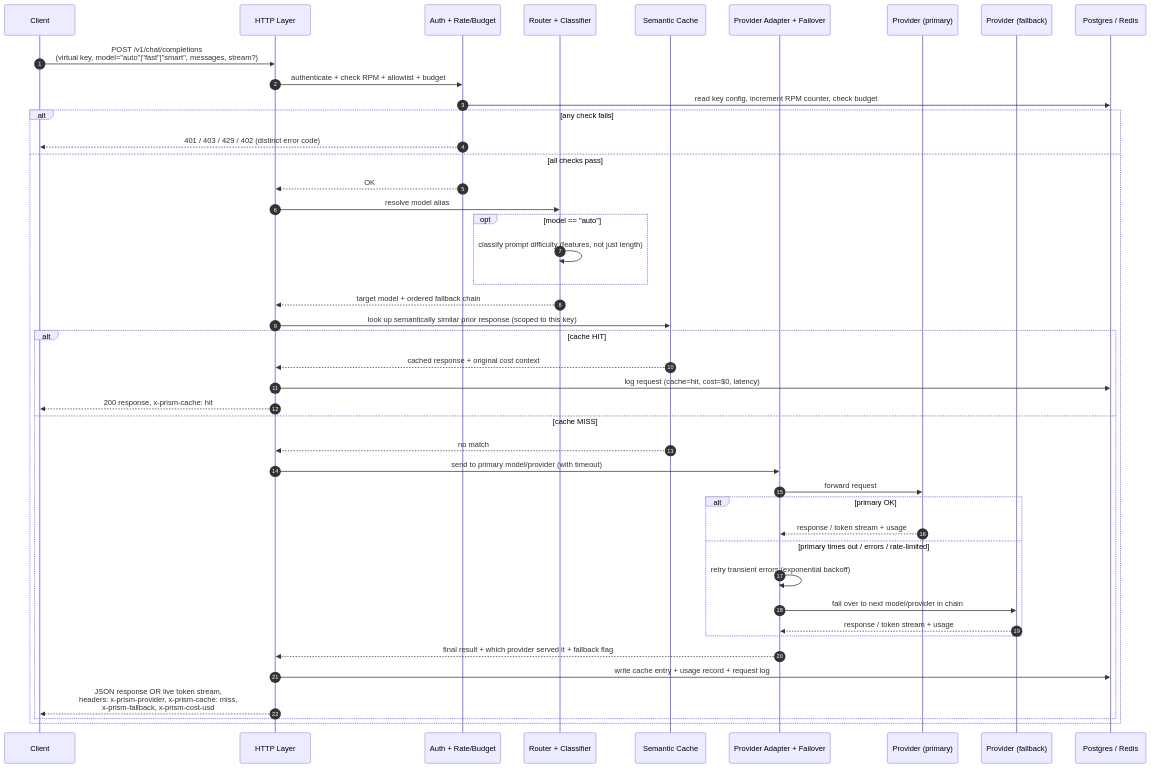
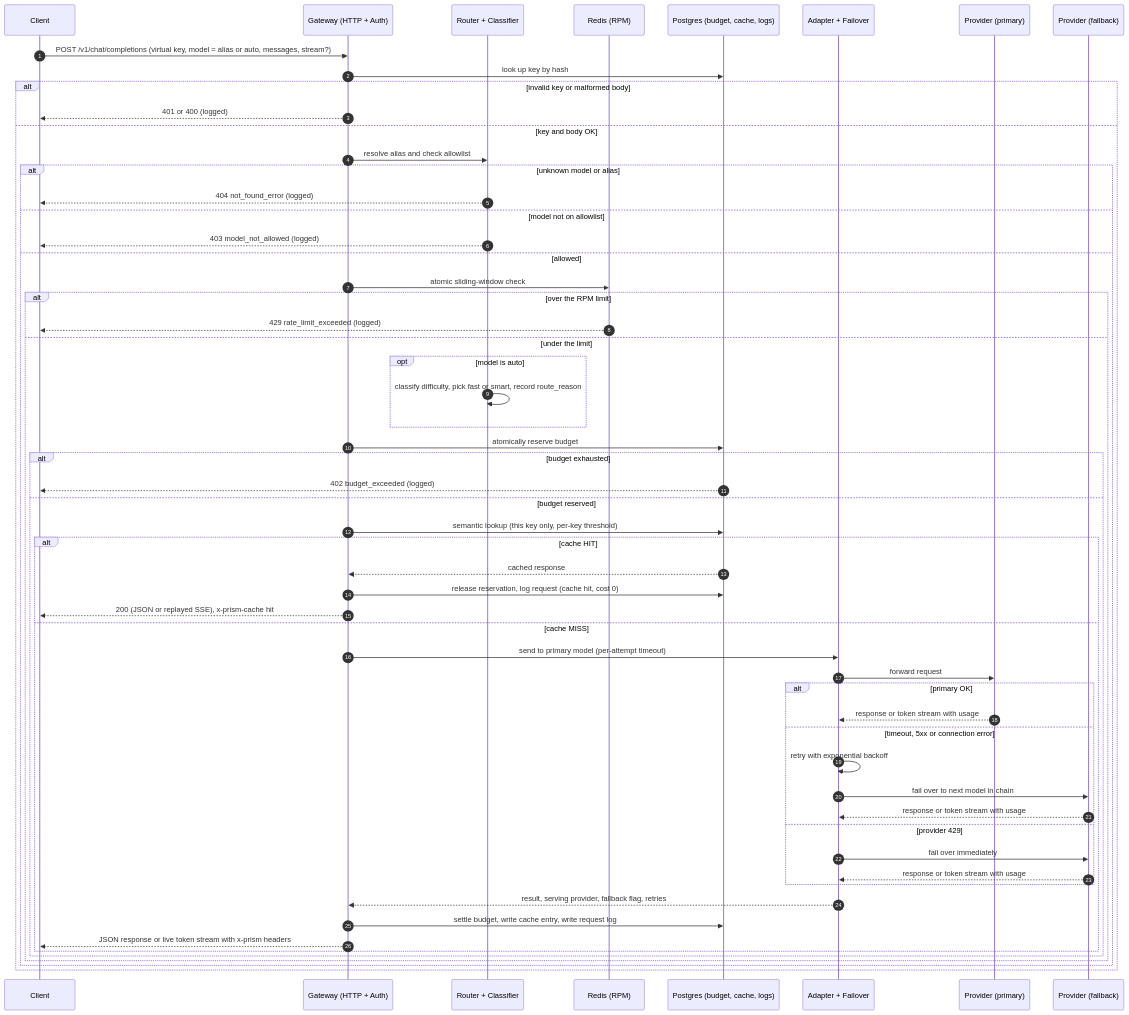
Before and after one commit to HarshitM2411/capstone-prism: the second of 2 diagrams in docs/architecture.md, drawn with Mermaid. The commit also changed other lines of this file and 45 other files, not shown here.

````diff
--- a/docs/architecture.md
+++ b/docs/architecture.md
@@ -93,47 +99,61 @@
 ```mermaid
 sequenceDiagram
     autonumber
     participant C as Client
-    participant GW as HTTP Layer
-    participant AU as Auth + Rate/Budget
+    participant GW as Gateway (HTTP + Auth)
     participant RT as Router + Classifier
-    participant CA as Semantic Cache
-    participant AD as Provider Adapter + Failover
+    participant RL as Redis (RPM)
+    participant PG as Postgres (budget, cache, logs)
+    participant AD as Adapter + Failover
     participant P1 as Provider (primary)
     participant P2 as Provider (fallback)
-    participant DB as Postgres / Redis
 
-    C->>GW: POST /v1/chat/completions<br/>(virtual key, model="auto"|"fast"|"smart", messages, stream?)
-    GW->>AU: authenticate + check RPM + allowlist + budget
-    AU->>DB: read key config, increment RPM counter, check budget
-    alt any check fails
-        AU-->>C: 401 / 403 / 429 / 402 (distinct error code)
-    else all checks pass
-        AU-->>GW: OK
-        GW->>RT: resolve model alias
-        opt model == "auto"
-            RT->>RT: classify prompt difficulty (features, not just length)
-        end
-        RT-->>GW: target model + ordered fallback chain
-        GW->>CA: look up semantically similar prior response (scoped to this key)
-        alt cache HIT
-            CA-->>GW: cached response + original cost context
-            GW->>DB: log request (cache=hit, cost=$0, latency)
-            GW-->>C: 200 response, x-prism-cache: hit
-        else cache MISS
-            CA-->>GW: no match
-            GW->>AD: send to primary model/provider (with timeout)
-            AD->>P1: forward request
-            alt primary OK
-                P1-->>AD: response / token stream + usage
-            else primary times out / errors / rate-limited
-                AD->>AD: retry transient errors (exponential backoff)
-                AD->>P2: fail over to next model/provider in chain
-                P2-->>AD: response / token stream + usage
+    C->>GW: POST /v1/chat/completions (virtual key, model = alias or auto, messages, stream?)
+    GW->>PG: look up key by hash
+    alt invalid key or malformed body
+        GW-->>C: 401 or 400 (logged)
+    else key and body OK
+        GW->>RT: resolve alias and check allowlist
+        alt unknown model or alias
+            RT-->>C: 404 not_found_error (logged)
+        else model not on allowlist
+            RT-->>C: 403 model_not_allowed (logged)
+        else allowed
+            GW->>RL: atomic sliding-window check
+            alt over the RPM limit
+                RL-->>C: 429 rate_limit_exceeded (logged)
+            else under the limit
+                opt model is auto
+                    RT->>RT: classify difficulty, pick fast or smart, record route_reason
+                end
+                GW->>PG: atomically reserve budget
+                alt budget exhausted
+                    PG-->>C: 402 budget_exceeded (logged)
+                else budget reserved
+                    GW->>PG: semantic lookup (this key only, per-key threshold)
+                    alt cache HIT
+                        PG-->>GW: cached response
+                        GW->>PG: release reservation, log request (cache hit, cost 0)
+                        GW-->>C: 200 (JSON or replayed SSE), x-prism-cache hit
+                    else cache MISS
+                        GW->>AD: send to primary model (per-attempt timeout)
+                        AD->>P1: forward request
+                        alt primary OK
+                            P1-->>AD: response or token stream with usage
+                        else timeout, 5xx or connection error
+                            AD->>AD: retry with exponential backoff
+                            AD->>P2: fail over to next model in chain
+                            P2-->>AD: response or token stream with usage
+                        else provider 429
+                            AD->>P2: fail over immediately
+                            P2-->>AD: response or token stream with usage
+                        end
+                        AD-->>GW: result, serving provider, fallback flag, retries
+                        GW->>PG: settle budget, write cache entry, write request log
+                        GW-->>C: JSON response or live token stream with x-prism headers
+                    end
+                end
             end
-            AD-->>GW: final result + which provider served it + fallback flag
-            GW->>DB: write cache entry + usage record + request log
-            GW-->>C: JSON response OR live token stream,<br/>headers: x-prism-provider, x-prism-cache: miss,<br/>x-prism-fallback, x-prism-cost-usd
         end
     end
 ```
````
